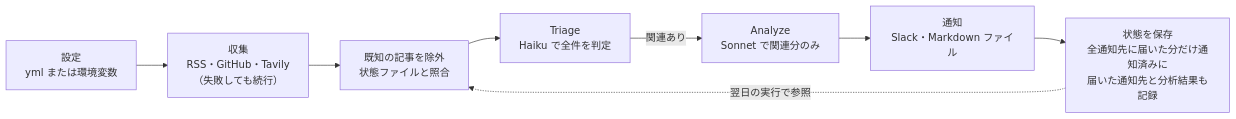
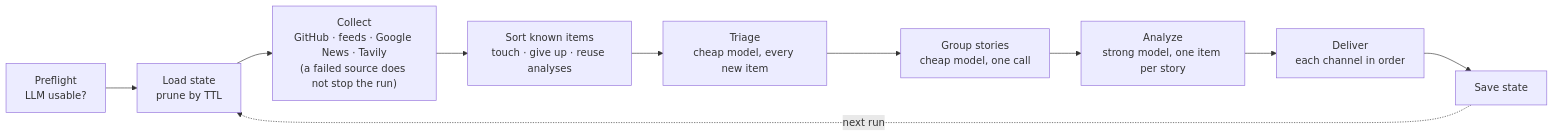
One commit to tanatyu12/pochi changed the diagram in docs/SPEC.md. Above: the diagram before and after it, drawn with Mermaid. The commit also changed other lines of this file and 1 other file, not shown here.

````diff
--- a/docs/SPEC.md
+++ b/docs/SPEC.md
@@ -191,10 +37,12 @@
 ```mermaid
 flowchart LR
-  config["設定<br/>yml または環境変数"] --> collect["収集<br/>RSS・GitHub・Tavily<br/>（失敗しても続行）"]
-  collect --> dedupe["既知の記事を除外<br/>状態ファイルと照合"]
-  dedupe --> triage["Triage<br/>Haiku で全件を判定"]
-  triage -- 関連あり --> analyze["Analyze<br/>Sonnet で関連分のみ"]
-  analyze --> notify["通知<br/>Slack・Markdown ファイル"]
-  notify --> save["状態を保存<br/>全通知先に届いた分だけ通知済みに<br/>届いた通知先と分析結果も記録"]
-  save -. 翌日の実行で参照 .-> dedupe
+  pre["Preflight<br/>LLM usable?"] --> load["Load state<br/>prune by TTL"]
+  load --> collect["Collect<br/>GitHub · feeds · Google News · Tavily<br/>(a failed source does not stop the run)"]
+  collect --> known["Sort known items<br/>touch · give up · reuse analyses"]
+  known --> triage["Triage<br/>cheap model, every new item"]
+  triage --> group["Group stories<br/>cheap model, one call"]
+  group --> analyze["Analyze<br/>strong model, one item per story"]
+  analyze --> deliver["Deliver<br/>each channel in order"]
+  deliver --> save["Save state"]
+  save -. next run .-> load
 ```
````
